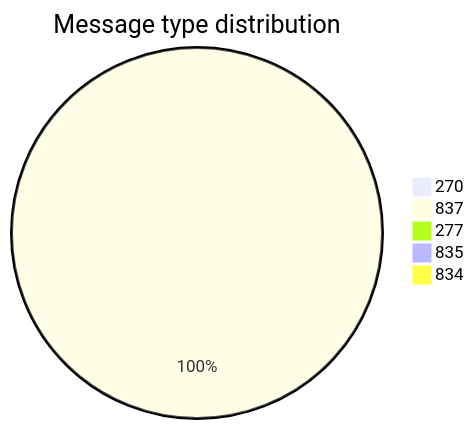
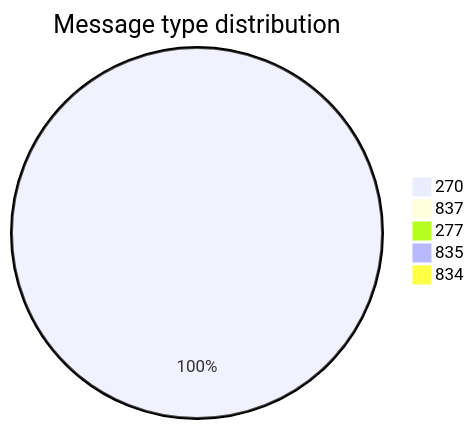
The second of 11 diagrams in test-tools/DataGen/src/Statistics_Visualizer.md (dhagan-va/intern-2025), drawn with Mermaid before and after one commit. The commit also changed other lines of this file and 1 other file, not shown here.

````diff
--- a/test-tools/DataGen/src/Statistics_Visualizer.md
+++ b/test-tools/DataGen/src/Statistics_Visualizer.md
@@ -28,8 +28,8 @@
 ```mermaid
 pie title Message type distribution
-    "270" : 0
-    "837" : 5
+    "270" : 5
+    "837" : 0
     "277" : 0
     "835" : 0
     "834" : 0
 ```
````
